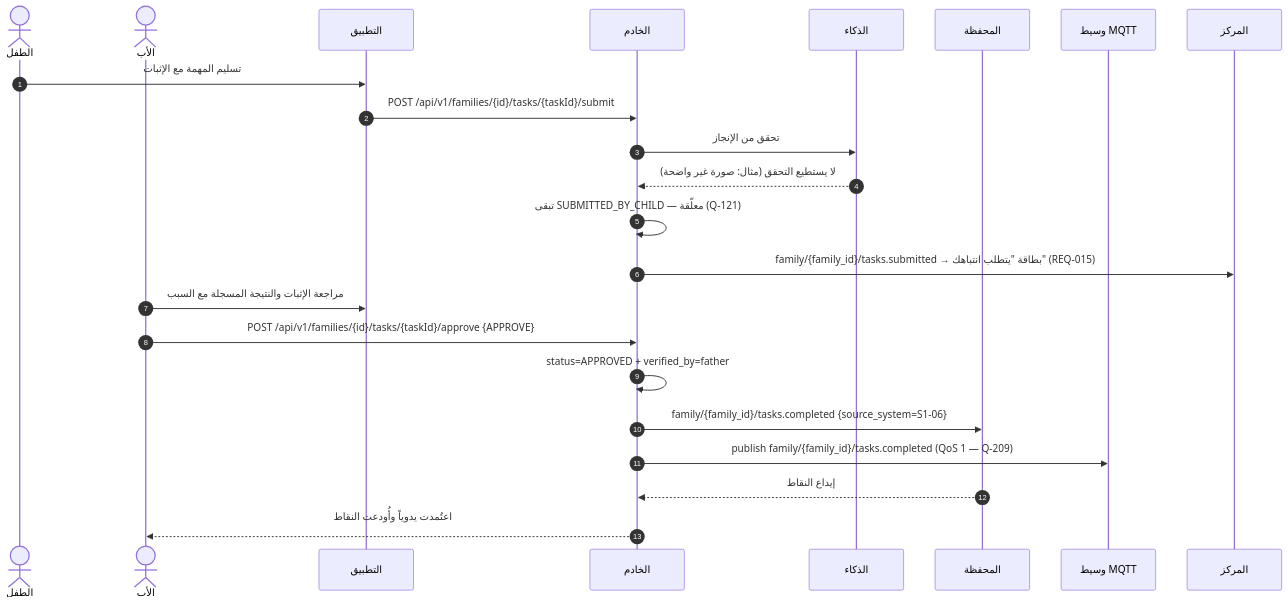
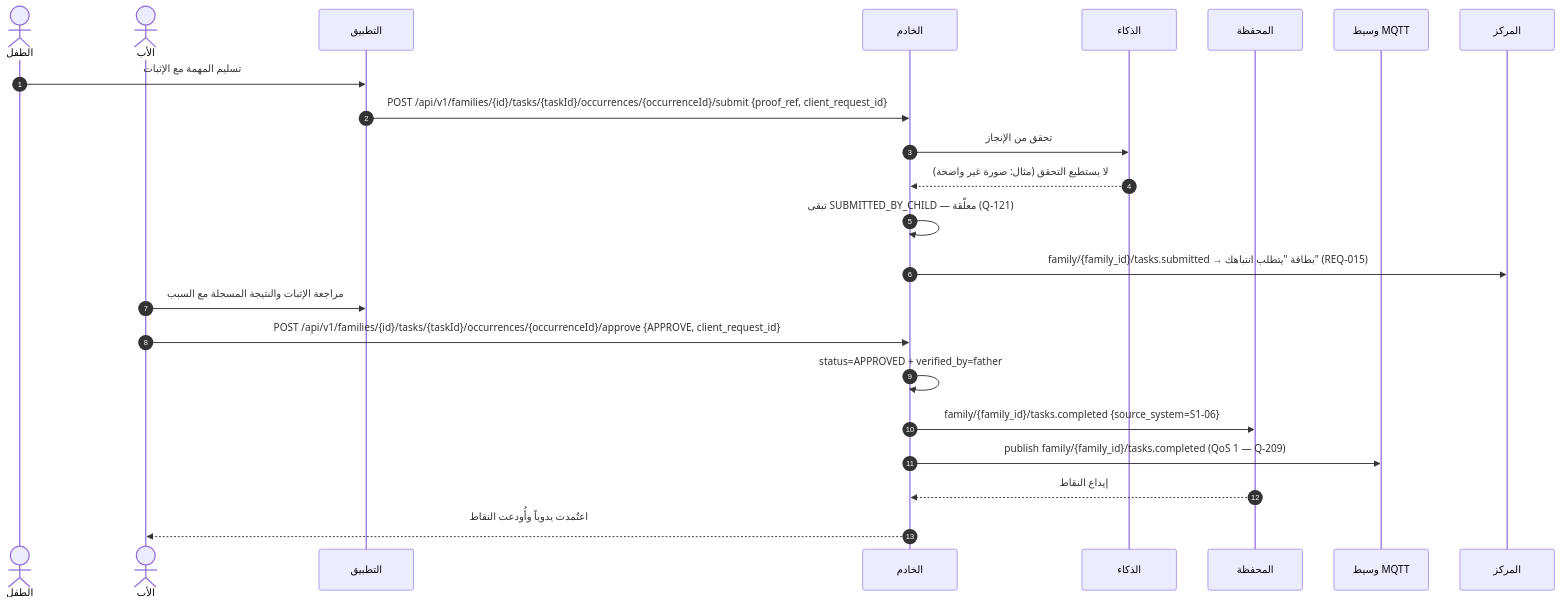
Before and after one commit to Bassam-mohammed-alqaeadi/family-os-v2: the fifth of 12 diagrams in docs/family-os/governance/phases/phase-1/S1-06-tasks-and-calendar/DIAGRAMS.md, drawn with Mermaid. The commit also changed other lines of this file and 6 other files, not shown here.

````diff
--- a/docs/family-os/governance/phases/phase-1/S1-06-tasks-and-calendar/DIAGRAMS.md
+++ b/docs/family-os/governance/phases/phase-1/S1-06-tasks-and-calendar/DIAGRAMS.md
@@ -230,25 +236,25 @@
 ```mermaid
 sequenceDiagram
     autonumber
     actor Child as الطفل
     actor Father as الأب
     participant App as التطبيق
     participant Ktor as الخادم
     participant AI as الذكاء
     participant S105 as المحفظة
     participant MQTT as وسيط MQTT
     participant S109 as المركز
     Child->>App: تسليم المهمة مع الإثبات
-    App->>Ktor: POST /api/v1/families/{id}/tasks/{taskId}/submit
+    App->>Ktor: POST /api/v1/families/{id}/tasks/{taskId}/occurrences/{occurrenceId}/submit {proof_ref, client_request_id}
     Ktor->>AI: تحقق من الإنجاز
     AI-->>Ktor: لا يستطيع التحقق (مثال: صورة غير واضحة)
     Ktor->>Ktor: تبقى SUBMITTED_BY_CHILD — معلّقة (Q-121)
     Ktor->>S109: family/{family_id}/tasks.submitted → بطاقة "يتطلب انتباهك" (REQ-015)
     Father->>App: مراجعة الإثبات والنتيجة المسجلة مع السبب
-    Father->>Ktor: POST /api/v1/families/{id}/tasks/{taskId}/approve {APPROVE}
+    Father->>Ktor: POST /api/v1/families/{id}/tasks/{taskId}/occurrences/{occurrenceId}/approve {APPROVE, client_request_id}
     Ktor->>Ktor: status=APPROVED + verified_by=father
     Ktor->>S105: family/{family_id}/tasks.completed {source_system=S1-06}
     Ktor->>MQTT: publish family/{family_id}/tasks.completed (QoS 1 — Q-209)
     S105-->>Ktor: إيداع النقاط
     Ktor-->>Father: اعتُمدت يدوياً وأُودعت النقاط
 ```
````
